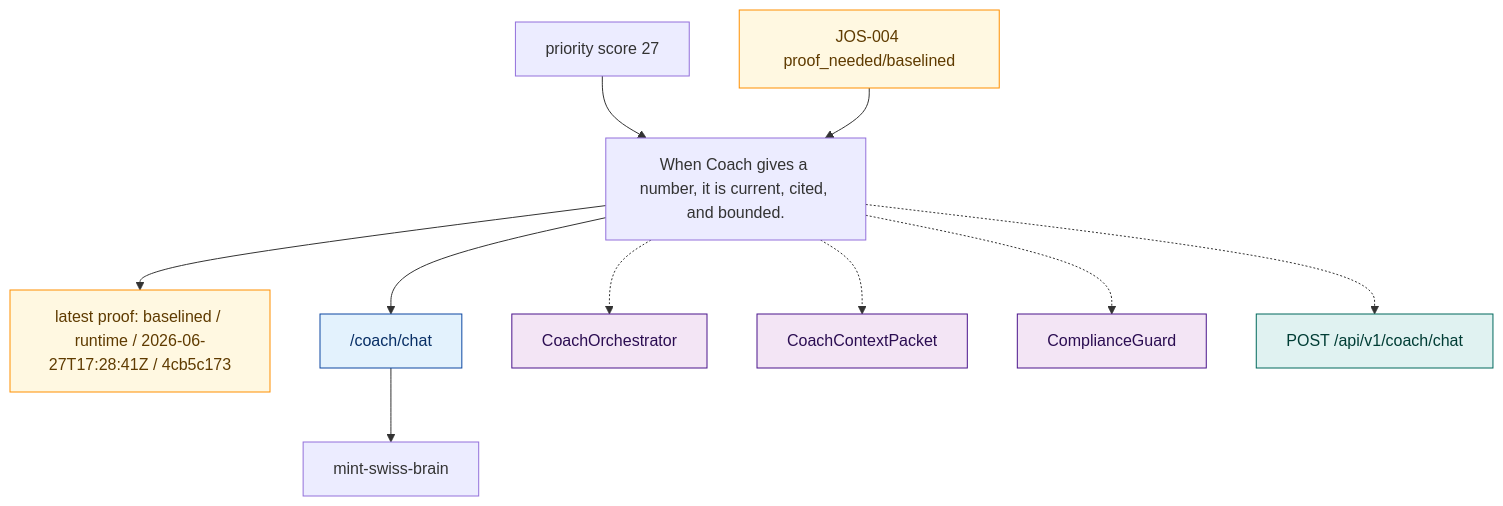
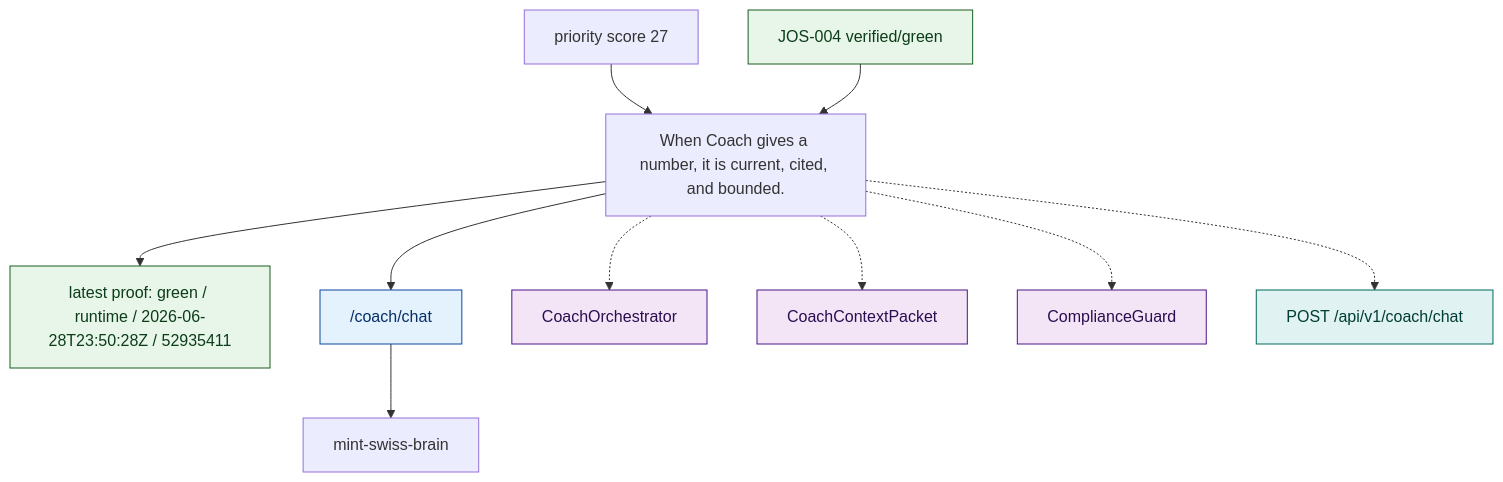
Before and after one commit to MINT-IA/MINT: the diagram in .planning/journeys/diagrams/coach_advice_turn.mmd, drawn with Mermaid. The commit also changed 11 other files, not shown here.

Commit message:
Record JOS004 coach advice runtime proof

```diff
--- a/.planning/journeys/diagrams/coach_advice_turn.mmd
+++ b/.planning/journeys/diagrams/coach_advice_turn.mmd
@@ -1,36 +1,36 @@
 %% Generated from .planning/journeys/records/coach_advice_turn.json
 flowchart TD
   promise["When Coach gives a number, it is current, cited, and bounded."]
   team["mint-swiss-brain"]
-  latest["latest proof: baselined / runtime / 2026-06-27T17:28:41Z / 4cb5c173"]
+  latest["latest proof: green / runtime / 2026-06-28T23:50:28Z / 52935411"]
   promise --> latest
   classDef green fill:#e8f5e9,stroke:#1b5e20,color:#0b3d1a;
   classDef red fill:#ffebee,stroke:#b71c1c,color:#5f1111;
   classDef amber fill:#fff8e1,stroke:#ff8f00,color:#5f3b00;
   classDef blocked fill:#eceff1,stroke:#455a64,color:#263238;
   classDef neutral fill:#f5f5f5,stroke:#616161,color:#212121;
   classDef route fill:#e3f2fd,stroke:#0d47a1,color:#082f66;
   classDef surface fill:#f3e5f5,stroke:#4a148c,color:#2b0d52;
   classDef api fill:#e0f2f1,stroke:#00695c,color:#003d35;
-  class latest amber
+  class latest green
   priority["priority score 27"]
   priority --> promise
   route_coach_chat["/coach/chat"]
   promise --> route_coach_chat
   route_coach_chat --> team
   class route_coach_chat route
   surface_CoachOrchestrator["CoachOrchestrator"]
   promise -.-> surface_CoachOrchestrator
   class surface_CoachOrchestrator surface
   surface_CoachContextPacket["CoachContextPacket"]
   promise -.-> surface_CoachContextPacket
   class surface_CoachContextPacket surface
   surface_ComplianceGuard["ComplianceGuard"]
   promise -.-> surface_ComplianceGuard
   class surface_ComplianceGuard surface
   api_POST_api_v1_coach_chat["POST /api/v1/coach/chat"]
   promise -.-> api_POST_api_v1_coach_chat
   class api_POST_api_v1_coach_chat api
-  issue_JOS_004["JOS-004 proof_needed/baselined"]
+  issue_JOS_004["JOS-004 verified/green"]
   issue_JOS_004 --> promise
-  class issue_JOS_004 amber
+  class issue_JOS_004 green
```
